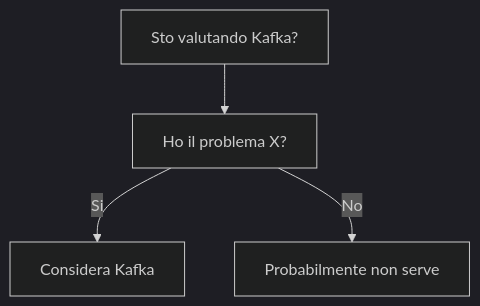
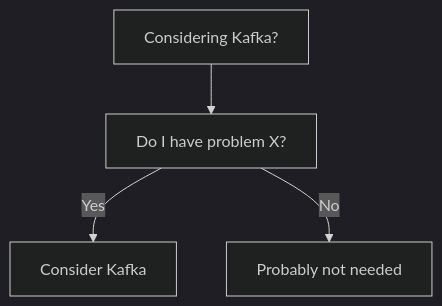
One commit to HxT9/Software-Dev-Wiki changed the diagram in dev-wiki/13_Integration/Message_Brokers/Kafka/When_To_Use.md. Above: the diagram before and after it, drawn with Mermaid (dark theme). The commit also changed other lines of this file and 3444 other files, not shown here.

````diff
--- a/dev-wiki/13_Integration/Message_Brokers/Kafka/When_To_Use.md
+++ b/dev-wiki/13_Integration/Message_Brokers/Kafka/When_To_Use.md
@@ -19,6 +19,6 @@
 ```mermaid
 flowchart TD
-  Q[Sto valutando Kafka?] --> Q1[Ho il problema X?]
-  Q1 -->|Si| OK[Considera Kafka]
-  Q1 -->|No| NO[Probabilmente non serve]
+  Q[Considering Kafka?] --> Q1[Do I have problem X?]
+  Q1 -->|Yes| OK[Consider Kafka]
+  Q1 -->|No| NO[Probably not needed]
 ```
````
